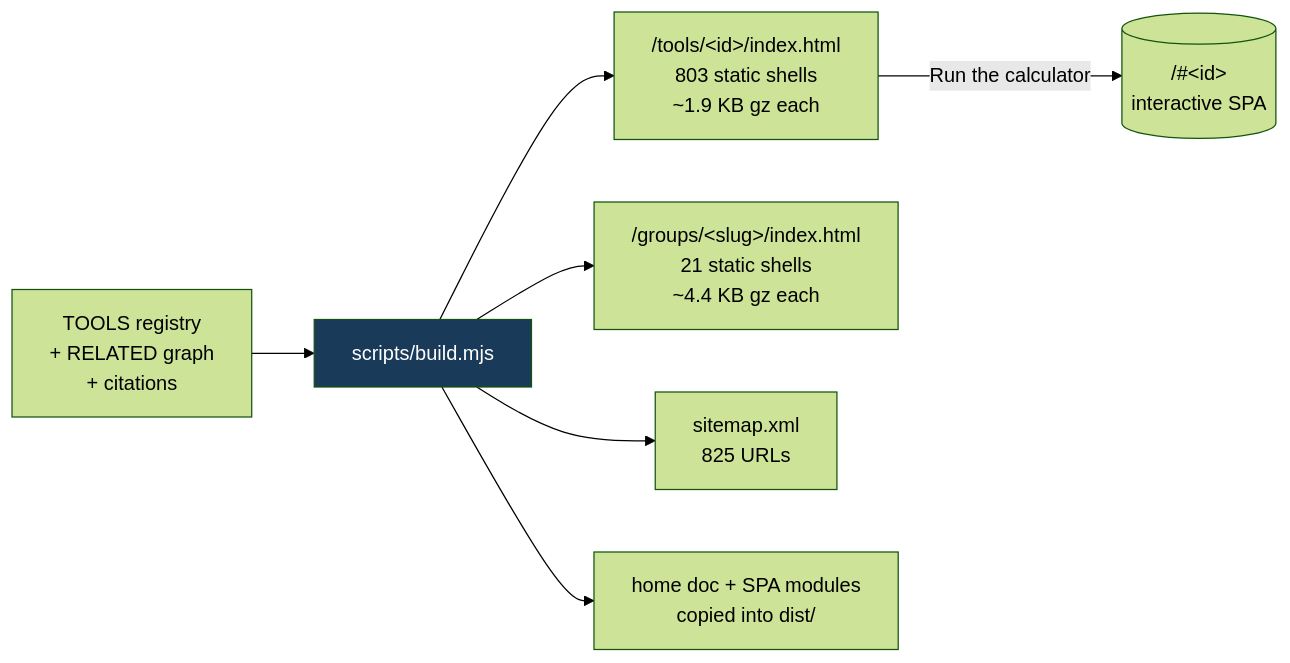
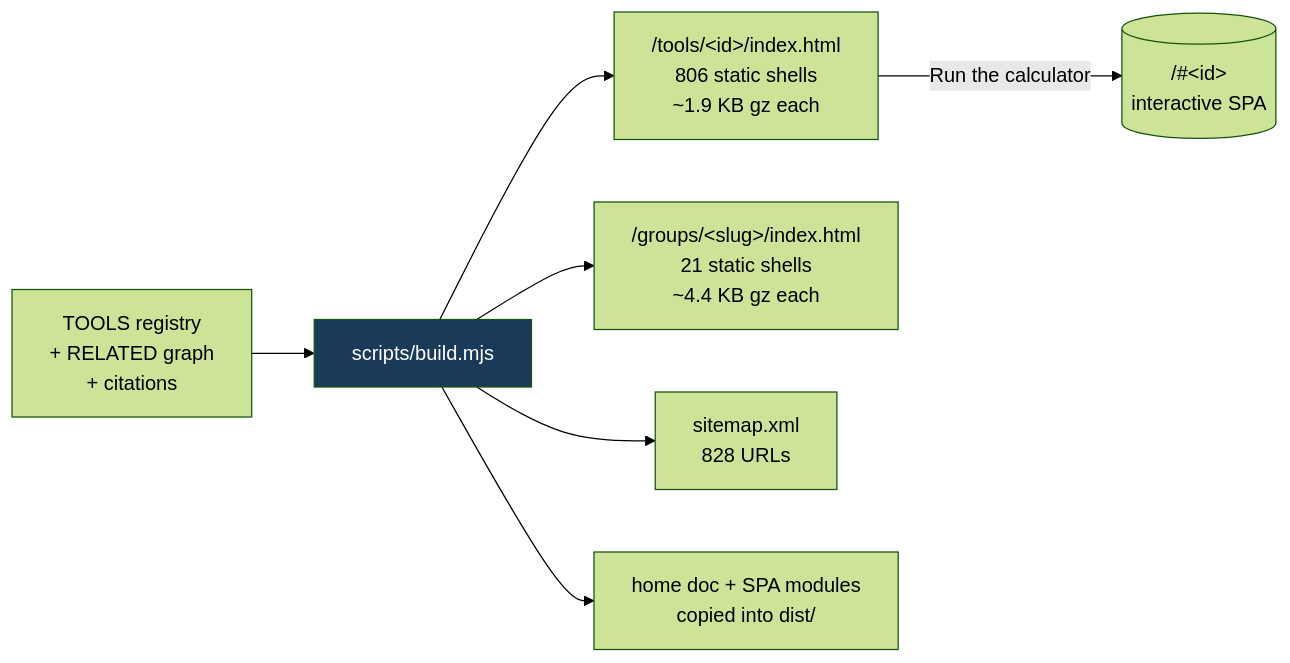
One commit to clay-good/roughlogic.com changed the fifth of 8 diagrams in README.md. Above: the diagram before and after it, drawn with Mermaid (forest theme). The commit also changed other lines of this file and 20 other files, not shown here.

````diff
--- a/README.md
+++ b/README.md
@@ -495,10 +495,10 @@
 ```mermaid
 flowchart LR
     SRC[TOOLS registry\n+ RELATED graph\n+ citations] --> BUILD[scripts/build.mjs]
-    BUILD --> TILE["/tools/&lt;id&gt;/index.html\n803 static shells\n~1.9 KB gz each"]
+    BUILD --> TILE["/tools/&lt;id&gt;/index.html\n806 static shells\n~1.9 KB gz each"]
     BUILD --> GROUP["/groups/&lt;slug&gt;/index.html\n21 static shells\n~4.4 KB gz each"]
-    BUILD --> MAP["sitemap.xml\n825 URLs"]
+    BUILD --> MAP["sitemap.xml\n828 URLs"]
     BUILD --> COPY[home doc + SPA modules\ncopied into dist/]
     TILE -->|Run the calculator| SPA[("/#&lt;id&gt;\ninteractive SPA")]
     style BUILD fill:#1a3a5a,color:#fff
 ```
````
